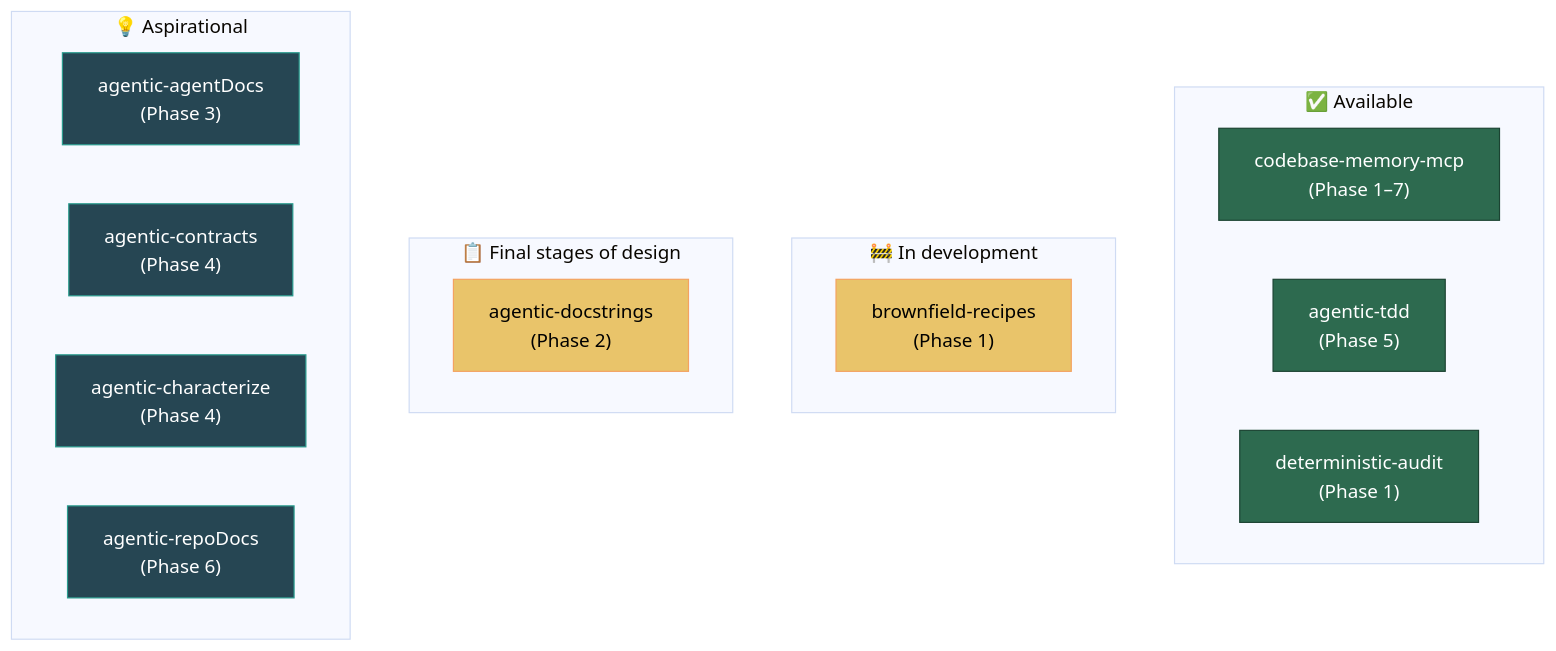
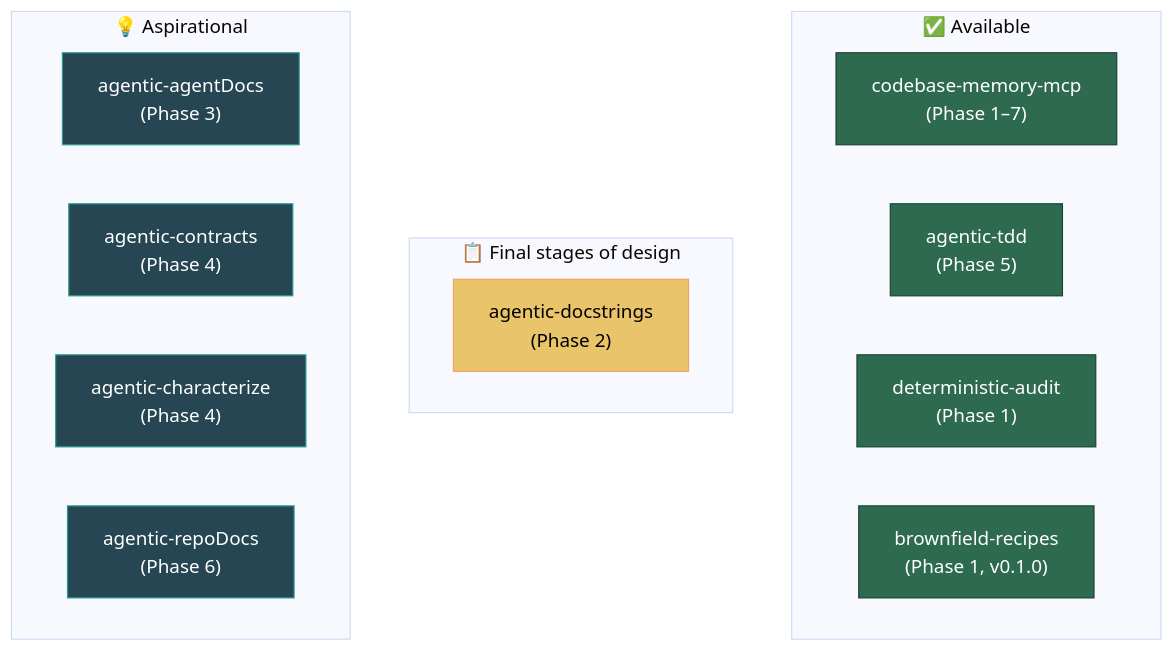
Before and after one commit to Nistapp/codebase-agentic-readiness-framework: the second of 2 diagrams in shared/Tool-Ecosystem.md, drawn with Mermaid (base theme). The commit also changed other lines of this file and 2 other files, not shown here.

Commit message:
docs: wire brownfield-recipes v0.1.0 into the root README and tool ecosystem (S4.6.3)
Add a Track 2 entry linking to brownfield-recipes/README.md, update
the root License section with the AGPL-3.0-or-later zone (tools/
and the migrated engine), move brownfield-recipes from "In
development" to "Available" in shared/Tool-Ecosystem.md now that the
audit MVP ships, and write brownfield-recipes/CHANGELOG.md's v0.1.0
entry.

Roadmap-Step: S4.6.3

````diff
--- a/shared/Tool-Ecosystem.md
+++ b/shared/Tool-Ecosystem.md
@@ -85,30 +85,28 @@
 ```mermaid
 graph TB
     subgraph "✅ Available"
         T1["codebase-memory-mcp\n(Phase 1–7)"]
         T2["agentic-tdd\n(Phase 5)"]
         T8["deterministic-audit\n(Phase 1)"]
-    end
-    subgraph "🚧 In development"
-        T9["brownfield-recipes\n(Phase 1)"]
+        T9["brownfield-recipes\n(Phase 1, v0.1.0)"]
     end
     subgraph "📋 Final stages of design"
         T3["agentic-docstrings\n(Phase 2)"]
     end
     subgraph "💡 Aspirational"
         T4["agentic-agentDocs\n(Phase 3)"]
         T5["agentic-contracts\n(Phase 4)"]
         T6["agentic-characterize\n(Phase 4)"]
         T7["agentic-repoDocs\n(Phase 6)"]
     end
 
     style T1 fill:#2d6a4f,stroke:#1b4332,color:#fff
     style T2 fill:#2d6a4f,stroke:#1b4332,color:#fff
     style T8 fill:#2d6a4f,stroke:#1b4332,color:#fff
-    style T9 fill:#e9c46a,stroke:#f4a261,color:#000
+    style T9 fill:#2d6a4f,stroke:#1b4332,color:#fff
     style T3 fill:#e9c46a,stroke:#f4a261,color:#000
     style T4 fill:#264653,stroke:#2a9d8f,color:#fff
     style T5 fill:#264653,stroke:#2a9d8f,color:#fff
     style T6 fill:#264653,stroke:#2a9d8f,color:#fff
     style T7 fill:#264653,stroke:#2a9d8f,color:#fff
 ```
````
